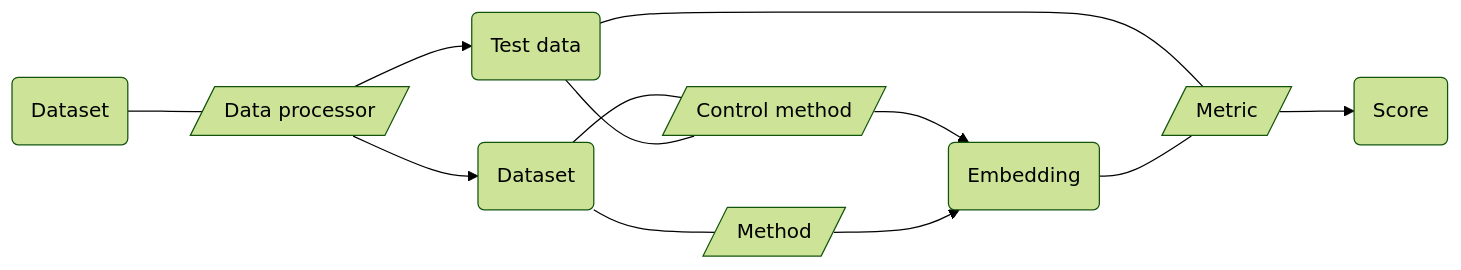
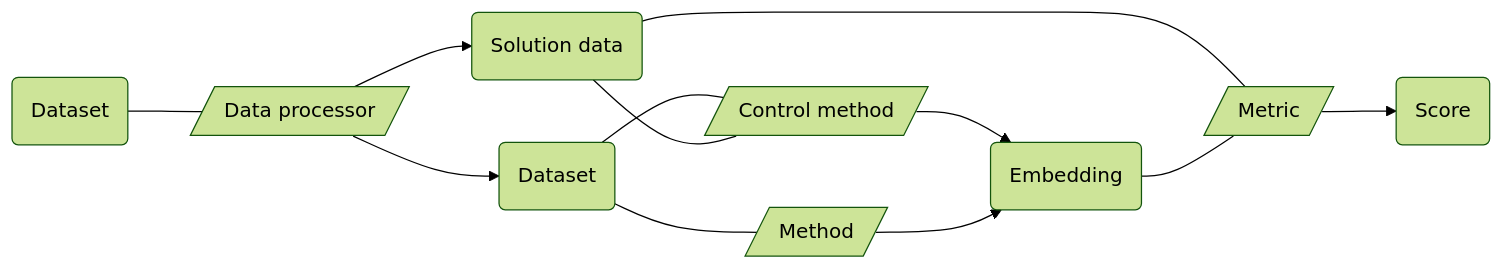
The diagram in README.md (openproblems-bio/task_dimensionality_reduction), drawn with Mermaid (forest theme) before and after one commit. The commit also changed other lines of this file and 1 other file, not shown here.

Commit message:
Update description for solution dataset

````diff
--- a/README.md
+++ b/README.md
@@ -68,23 +68,23 @@
 ``` mermaid
 flowchart LR
   file_common_dataset("Dataset")
   comp_process_dataset[/"Data processor"/]
   file_dataset("Dataset")
-  file_solution("Test data")
+  file_solution("Solution data")
   comp_control_method[/"Control method"/]
   comp_method[/"Method"/]
   comp_metric[/"Metric"/]
   file_embedding("Embedding")
   file_score("Score")
   file_common_dataset---comp_process_dataset
   comp_process_dataset-->file_dataset
   comp_process_dataset-->file_solution
   file_dataset---comp_control_method
   file_dataset---comp_method
   file_solution---comp_control_method
   file_solution---comp_metric
   comp_control_method-->file_embedding
   comp_method-->file_embedding
   comp_metric-->file_score
   file_embedding---comp_metric
 ```
````
